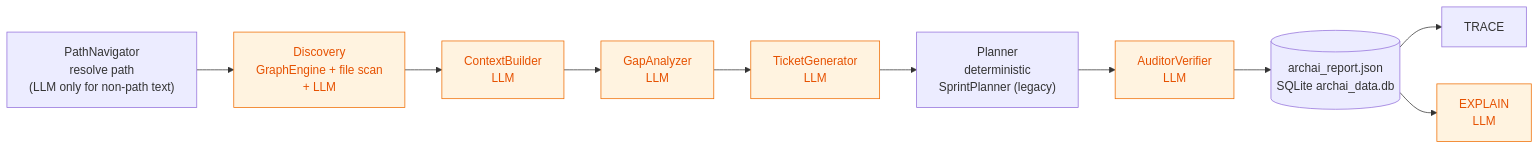
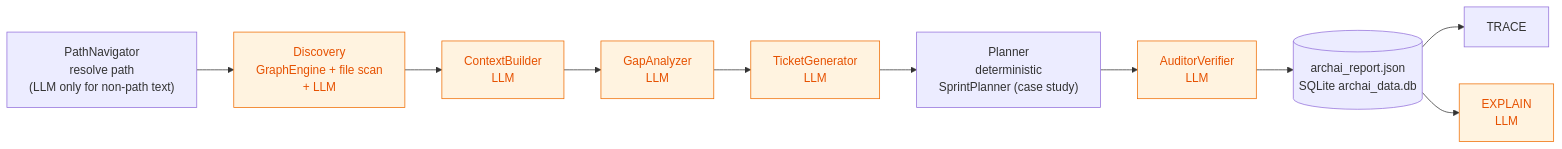
Before and after one commit to Hami0095/ai-architecture: the fourth of 6 diagrams in README.md, drawn with Mermaid. The commit also changed other lines of this file and 7 other files, not shown here.

First line of the commit message:
docs: present sprint planning as a case study instead of "deferred"

````diff
--- a/README.md
+++ b/README.md
@@ -298,15 +298,15 @@
 ```mermaid
 flowchart LR
     p0["PathNavigator<br/>resolve path<br/>(LLM only for non-path text)"] --> p1["Discovery<br/>GraphEngine + file scan<br/>+ LLM"]
     p1 --> p2["ContextBuilder<br/>LLM"]
     p2 --> p3["GapAnalyzer<br/>LLM"]
     p3 --> p4["TicketGenerator<br/>LLM"]
-    p4 --> p5["Planner<br/>deterministic<br/>SprintPlanner (legacy)"]
+    p4 --> p5["Planner<br/>deterministic<br/>SprintPlanner (case study)"]
     p5 --> p6["AuditorVerifier<br/>LLM"]
     p6 --> out[("archai_report.json<br/>SQLite archai_data.db")]
     out --> trace["TRACE"]
     out --> explain["EXPLAIN<br/>LLM"]
 
     classDef ai fill:#fff3e0,stroke:#ef6c00,color:#e65100
     class p1,p2,p3,p4,p6,explain ai
 ```
````
